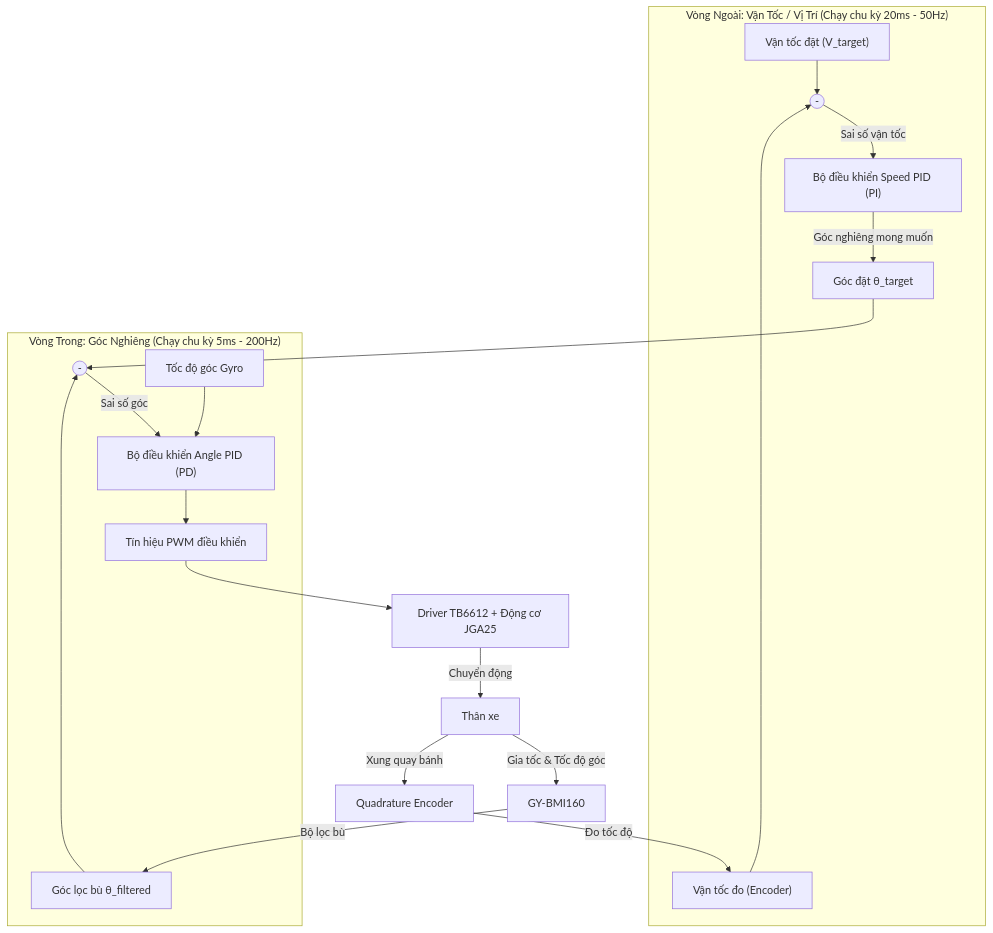
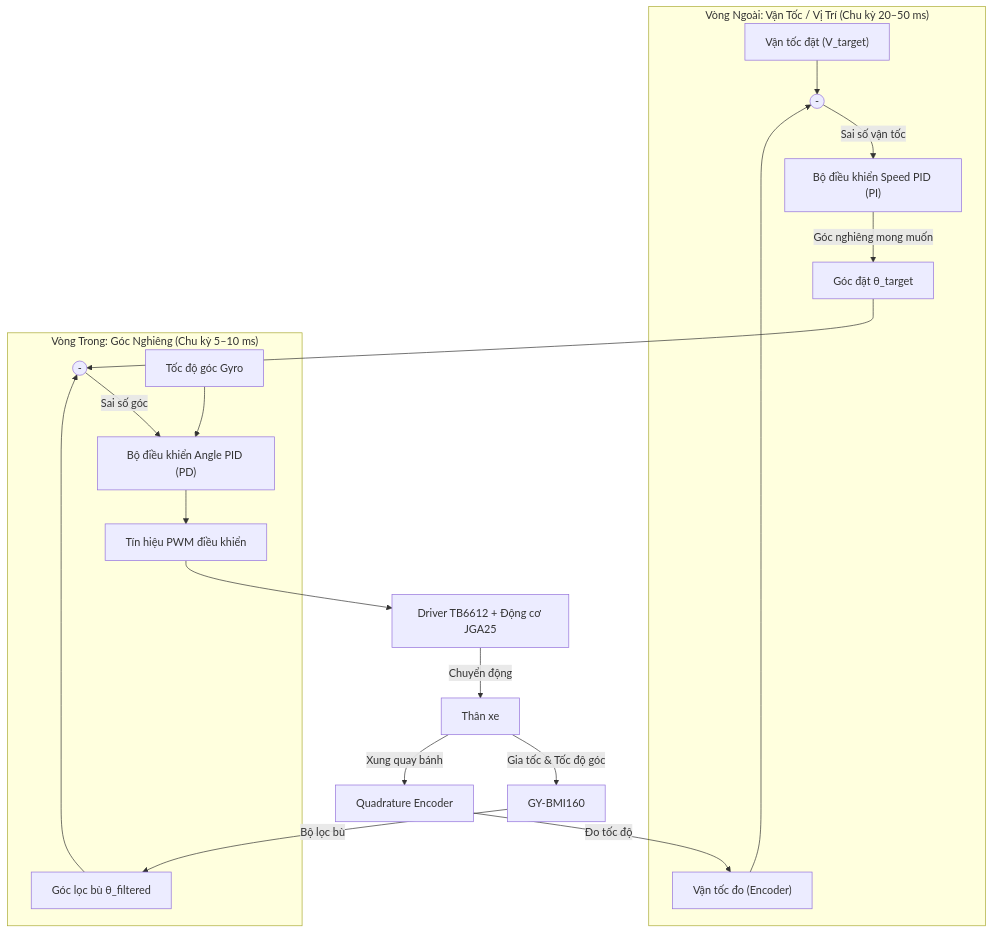
One commit to DEMIURS/XECANBANG_DACDT_2026 changed the first of 2 diagrams in Control_Theory/PID_Control.md. Above: the diagram before and after it, drawn with Mermaid. The commit also changed other lines of this file and 14 other files, not shown here.

````diff
--- a/Control_Theory/PID_Control.md
+++ b/Control_Theory/PID_Control.md
@@ -85,24 +87,24 @@
 ```mermaid
 flowchart TD
-    subgraph Vòng_Vận_Tốc ["Vòng Ngoài: Vận Tốc / Vị Trí (Chạy chu kỳ 20ms - 50Hz)"]
+    subgraph SpeedLoop["Vòng Ngoài: Vận Tốc / Vị Trí (Chu kỳ 20–50 ms)"]
         V_ref["Vận tốc đặt (V_target)"] --> Sum_V(("-"))
         V_fb["Vận tốc đo (Encoder)"] --> Sum_V
         Sum_V -->|Sai số vận tốc| PID_Speed["Bộ điều khiển Speed PID (PI)"]
         PID_Speed -->|Góc nghiêng mong muốn| Theta_ref["Góc đặt θ_target"]
     end
 
-    subgraph Vòng_Cân_Bằng ["Vòng Trong: Góc Nghiêng (Chạy chu kỳ 5ms - 200Hz)"]
+    subgraph BalanceLoop["Vòng Trong: Góc Nghiêng (Chu kỳ 5–10 ms)"]
         Theta_ref --> Sum_A(("-"))
         Theta_fb["Góc lọc bù θ_filtered"] --> Sum_A
         Sum_A -->|Sai số góc| PID_Angle["Bộ điều khiển Angle PID (PD)"]
         Gyro["Tốc độ góc Gyro"] --> PID_Angle
         PID_Angle --> PWM_out["Tín hiệu PWM điều khiển"]
     end
 
     PWM_out --> Plant["Driver TB6612 + Động cơ JGA25"]
     Plant -->|Chuyển động| Xe["Thân xe"]
     Xe -->|Gia tốc & Tốc độ góc| IMU["GY-BMI160"]
     Xe -->|Xung quay bánh| Enc["Quadrature Encoder"]
     IMU -->|Bộ lọc bù| Theta_fb
     Enc -->|Đo tốc độ| V_fb
 ```
````
